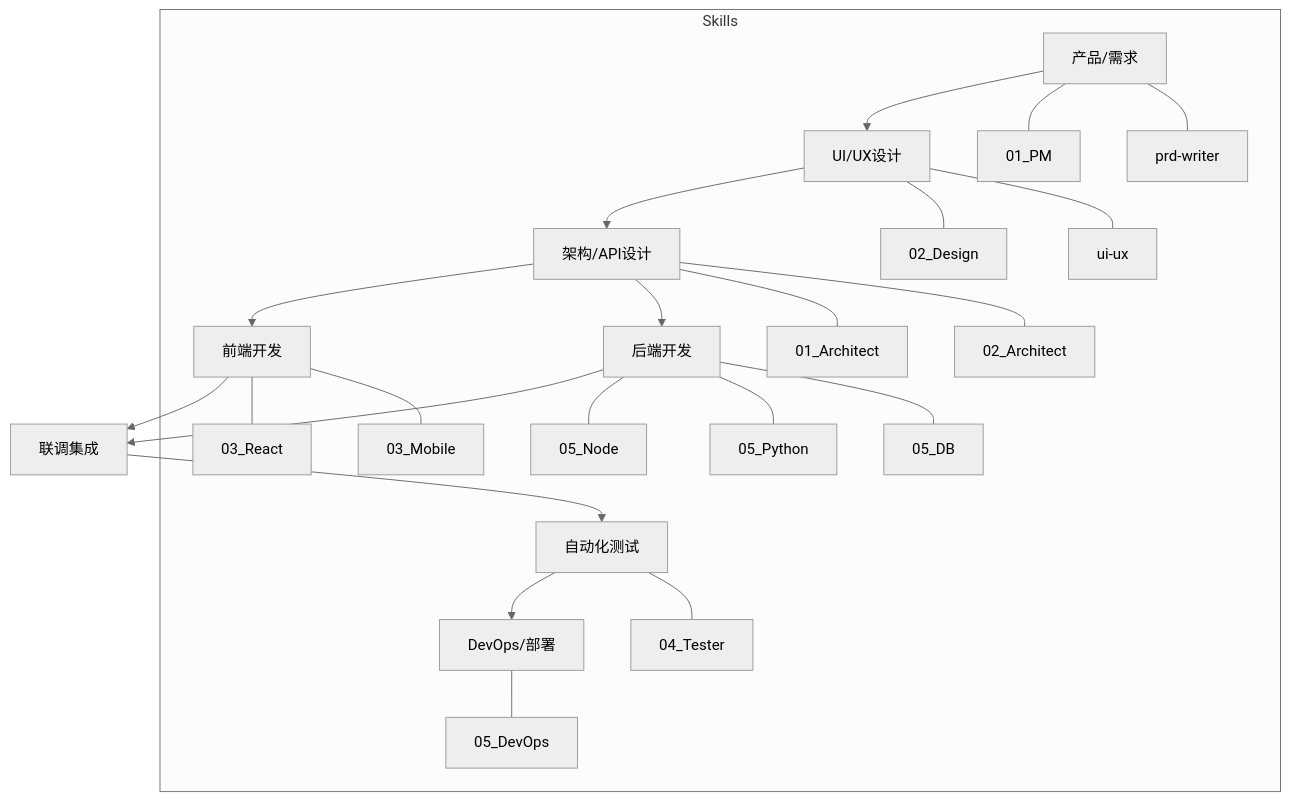
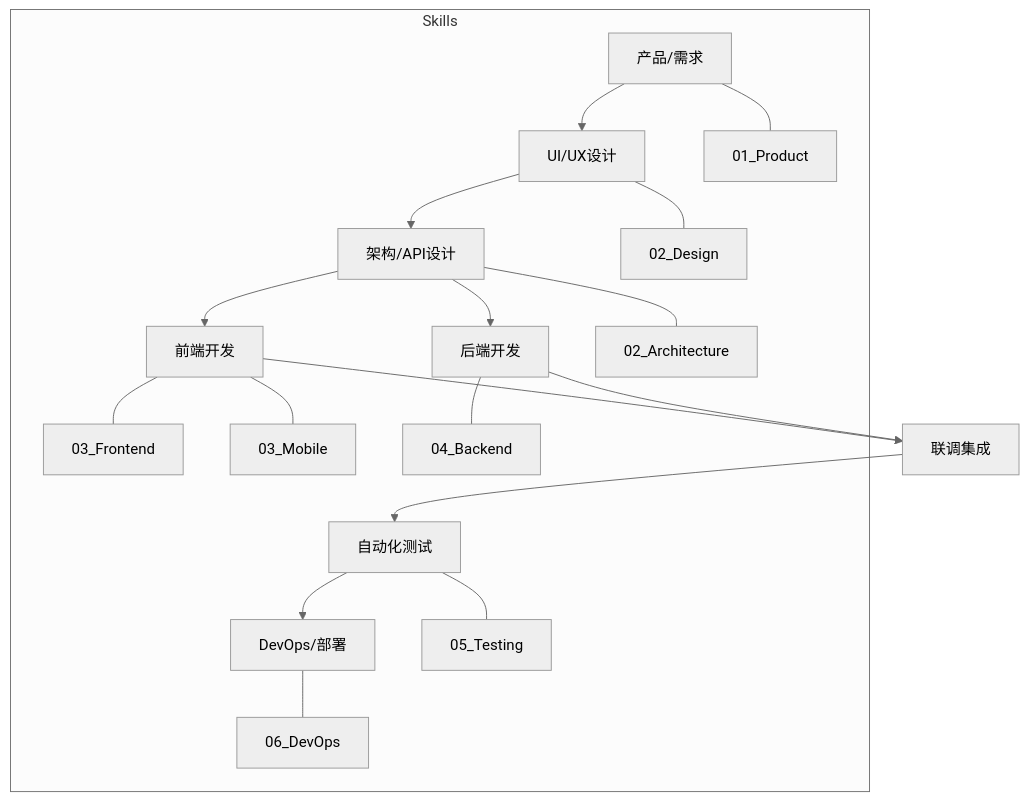
One commit to ai-dcf/ai-dcf-skills changed the diagram in FullStack_Engineering/README.md. Above: the diagram before and after it, drawn with Mermaid (neutral theme). The commit also changed other lines of this file and 661 other files, not shown here.

````diff
--- a/FullStack_Engineering/README.md
+++ b/FullStack_Engineering/README.md
@@ -65,23 +85,23 @@
 ```mermaid
 flowchart TD
     Prod[产品/需求] --> Design[UI/UX设计]
     Design --> Arch[架构/API设计]
     Arch --> Fe[前端开发]
     Arch --> Be[后端开发]
     
     Fe --> Inte[联调集成]
     Be --> Inte
     
     Inte --> Test[自动化测试]
     Test --> Deploy[DevOps/部署]
     
     subgraph Skills
-    Prod --- 01_PM & prd-writer
-    Design --- 02_Design & ui-ux
-    Arch --- 01_Architect & 02_Architect
-    Fe --- 03_React & 03_Mobile
-    Be --- 05_Node & 05_Python & 05_DB
-    Test --- 04_Tester
-    Deploy --- 05_DevOps
+    Prod --- 01_Product
+    Design --- 02_Design
+    Arch --- 02_Architecture
+    Fe --- 03_Frontend & 03_Mobile
+    Be --- 04_Backend
+    Test --- 05_Testing
+    Deploy --- 06_DevOps
     end
 ```
````
